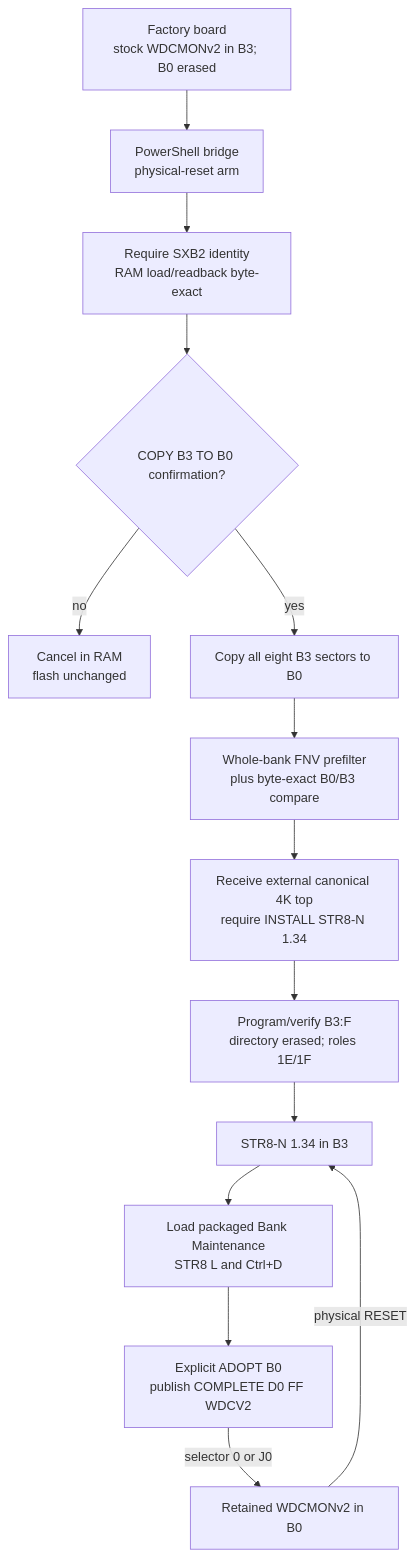
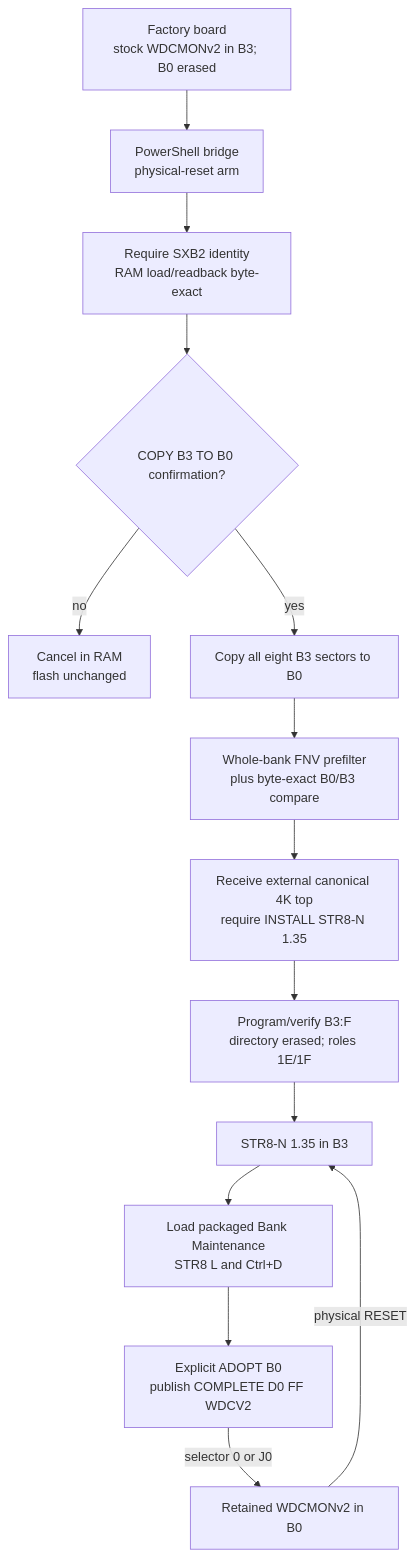
Before and after one commit to 95westus/STR8-N: the fifth of 14 diagrams in docs/MAPS.md, drawn with Mermaid. The commit also changed other lines of this file and 59 other files, not shown here.

````diff
--- a/docs/MAPS.md
+++ b/docs/MAPS.md
@@ -111,16 +111,16 @@
 ```mermaid
 flowchart TD
     F[Factory board<br/>stock WDCMONv2 in B3; B0 erased] --> H[PowerShell bridge<br/>physical-reset arm]
     H --> V[Require SXB2 identity<br/>RAM load/readback byte-exact]
     V --> M{COPY B3 TO B0 confirmation?}
     M -->|no| X[Cancel in RAM<br/>flash unchanged]
     M -->|yes| C[Copy all eight B3 sectors to B0]
     C --> E[Whole-bank FNV prefilter<br/>plus byte-exact B0/B3 compare]
-    E --> T[Receive external canonical 4K top<br/>require INSTALL STR8-N 1.34]
+    E --> T[Receive external canonical 4K top<br/>require INSTALL STR8-N 1.35]
     T --> P[Program/verify B3:F<br/>directory erased; roles 1E/1F]
-    P --> S[STR8-N 1.34 in B3]
+    P --> S[STR8-N 1.35 in B3]
     S --> L[Load packaged Bank Maintenance<br/>STR8 L and Ctrl+D]
     L --> D[Explicit ADOPT B0<br/>publish COMPLETE D0 FF WDCV2]
     D -->|selector 0 or J0| W[Retained WDCMONv2 in B0]
     W -->|physical RESET| S
 ```
````
